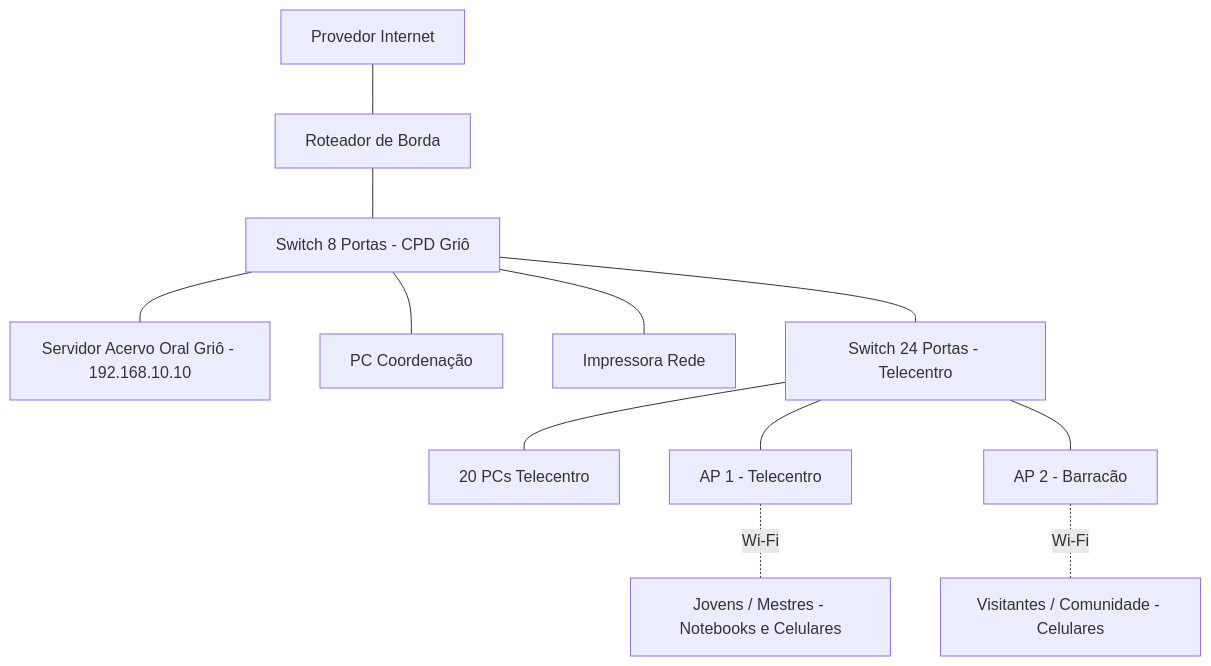
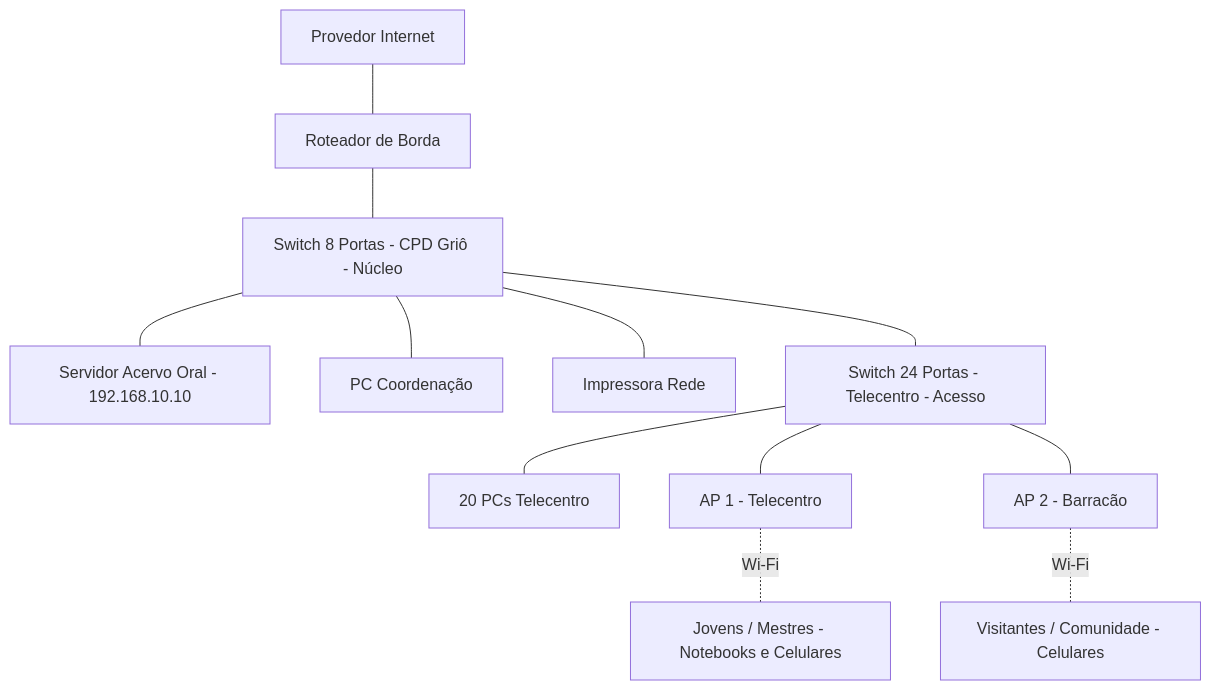
One commit to mar1a710/Entrega-do-projeto-inicial-da-rede- changed the diagram in README.md. Above: the diagram before and after it, drawn with Mermaid. The commit also changed other lines of this file, not shown here.

First line of the commit message:
Revise initial topology and traffic flow explanation

````diff
--- a/README.md
+++ b/README.md
@@ -103,14 +115,14 @@
 ```mermaid
 flowchart TD
     ISP["Provedor Internet"] --- ROUTER["Roteador de Borda"]
-    ROUTER --- SW8["Switch 8 Portas - CPD Griô"]
-    SW8 --- SRV["Servidor Acervo Oral Griô - 192.168.10.10"]
+    ROUTER --- SW8["Switch 8 Portas - CPD Griô - Núcleo"]
+    SW8 --- SRV["Servidor Acervo Oral - 192.168.10.10"]
     SW8 --- PCADM["PC Coordenação"]
     SW8 --- IMP["Impressora Rede"]
-    SW8 --- SW24["Switch 24 Portas - Telecentro"]
+    SW8 --- SW24["Switch 24 Portas - Telecentro - Acesso"]
     SW24 --- PCS["20 PCs Telecentro"]
     SW24 --- AP1["AP 1 - Telecentro"]
     SW24 --- AP2["AP 2 - Barracão"]
     AP1 -. "Wi-Fi" .- WIFI1["Jovens / Mestres - Notebooks e Celulares"]
     AP2 -. "Wi-Fi" .- WIFI2["Visitantes / Comunidade - Celulares"]
 ```
````
